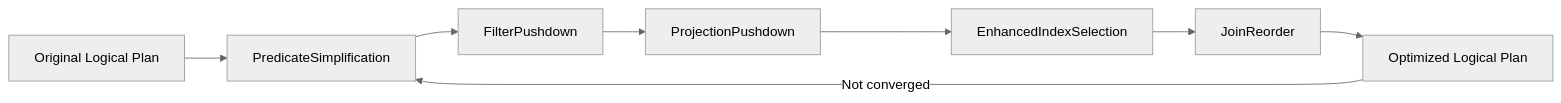
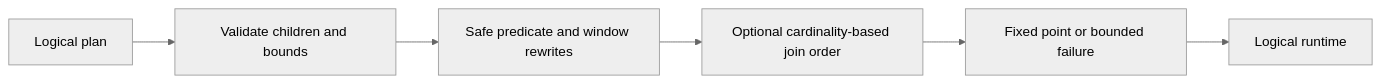
One commit to nexepic/zyx changed the first of 2 diagrams in docs/apps/docs/content/docs/en/zyx/architecture/optimization.mdx. Above: the diagram before and after it, drawn with Mermaid (neutral theme). The commit also changed other lines of this file and 1349 other files, not shown here.

First line of the commit message:
Retire legacy storage and harden native graph persistence

````diff
--- a/docs/apps/docs/content/docs/en/zyx/architecture/optimization.mdx
+++ b/docs/apps/docs/content/docs/en/zyx/architecture/optimization.mdx
@@ -28,10 +20,8 @@
 ```mermaid
 graph LR
-    A["Original Logical Plan"] --> B["PredicateSimplification"]
-    B --> C["FilterPushdown"]
-    C --> D["ProjectionPushdown"]
-    D --> E["EnhancedIndexSelection"]
-    E --> F["JoinReorder"]
-    F --> G["Optimized Logical Plan"]
-    G -->|"Not converged"| B
+    A["Logical plan"] --> B["Validate children and bounds"]
+    B --> C["Safe predicate and window rewrites"]
+    C --> D["Optional cardinality-based join order"]
+    D --> E["Fixed point or bounded failure"]
+    E --> F["Logical runtime"]
 ```
````
